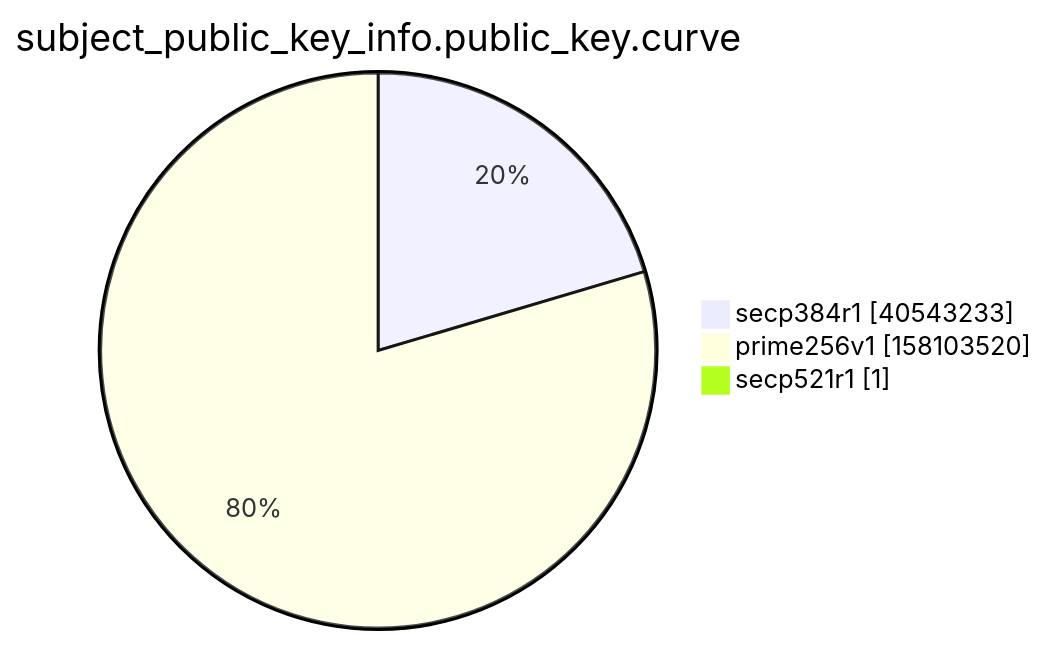
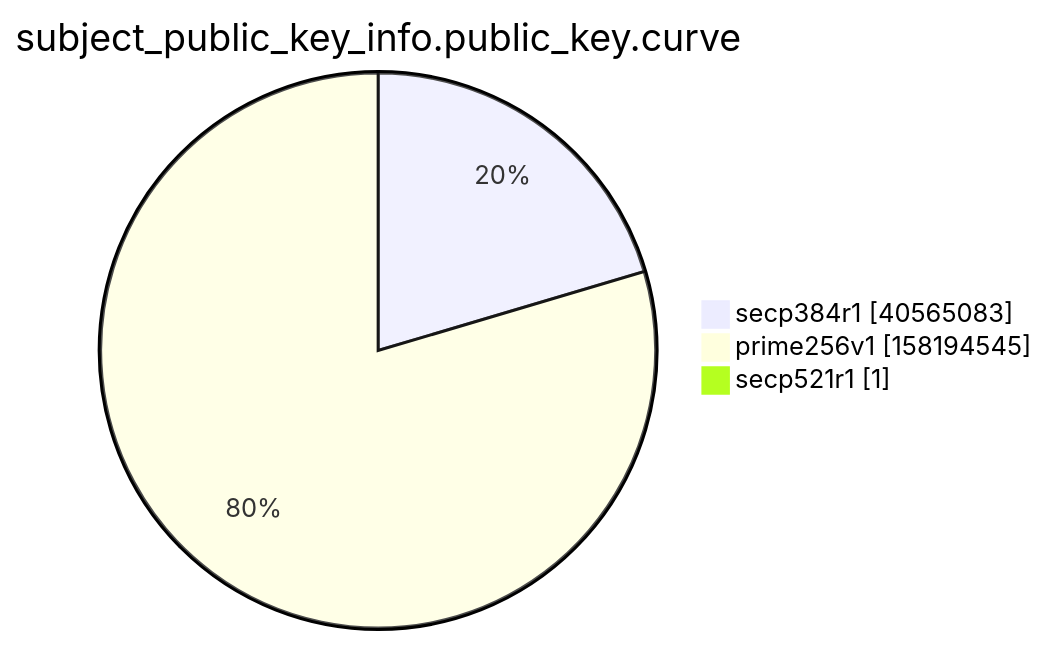
Before and after one commit to christiankrug/ctmonitor_visualization: the ninth of 15 diagrams in xenon2022/README.md, drawn with Mermaid. The commit also changed other lines of this file, not shown here.

````diff
--- a/xenon2022/README.md
+++ b/xenon2022/README.md
@@ -2867,7 +2867,7 @@
 ```mermaid
 pie showData
 title subject_public_key_info.public_key.curve
-"secp384r1" :40543233
-"prime256v1" :158103520
+"secp384r1" :40565083
+"prime256v1" :158194545
 "secp521r1" :1
 ```
````
